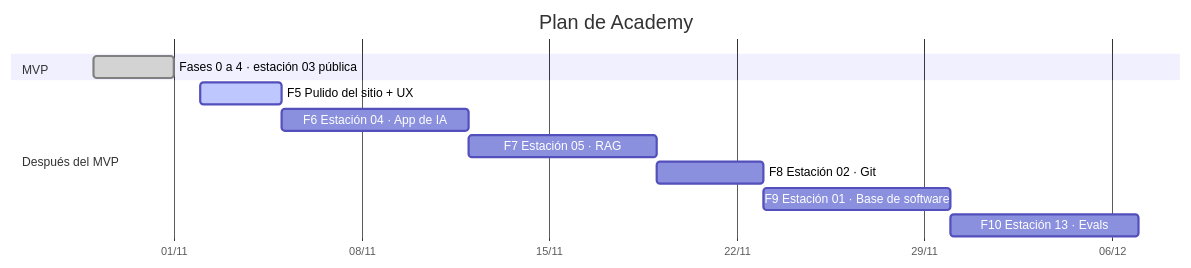
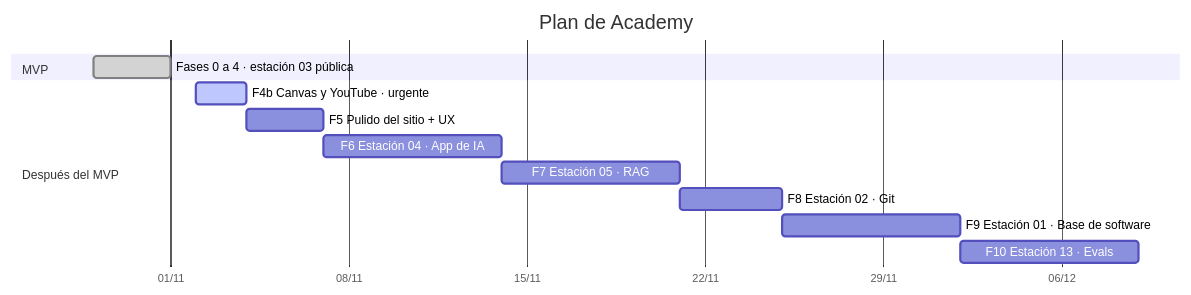
One commit to francoSW99/Academy changed the diagram in AVANCE.md. Above: the diagram before and after it, drawn with Mermaid. The commit also changed other lines of this file, not shown here.

Commit message:
Tablero: plan de la Fase 4b, canvas y videos de YouTube en lugar de videos propios (pedido 28)

````diff
--- a/AVANCE.md
+++ b/AVANCE.md
@@ -61,15 +63,16 @@
 ```mermaid
 gantt
     title Plan de Academy
     dateFormat YYYY-MM-DD
     axisFormat %d/%m
     section MVP
     Fases 0 a 4 · estación 03 pública :done, mvp, 2026-10-29, 2026-11-01
     section Después del MVP
-    F5 Pulido del sitio + UX :active, f5, 2026-11-02, 3d
+    F4b Canvas y YouTube · urgente :active, f4b, 2026-11-02, 2d
+    F5 Pulido del sitio + UX :f5, after f4b, 3d
     F6 Estación 04 · App de IA :f6, after f5, 7d
     F7 Estación 05 · RAG :f7, after f6, 7d
     F8 Estación 02 · Git :f8, after f7, 4d
     F9 Estación 01 · Base de software :f9, after f8, 7d
     F10 Estación 13 · Evals :f10, after f9, 7d
 ```
````
